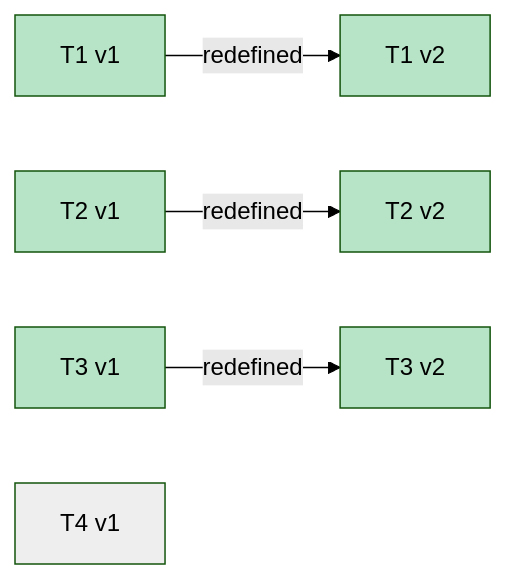
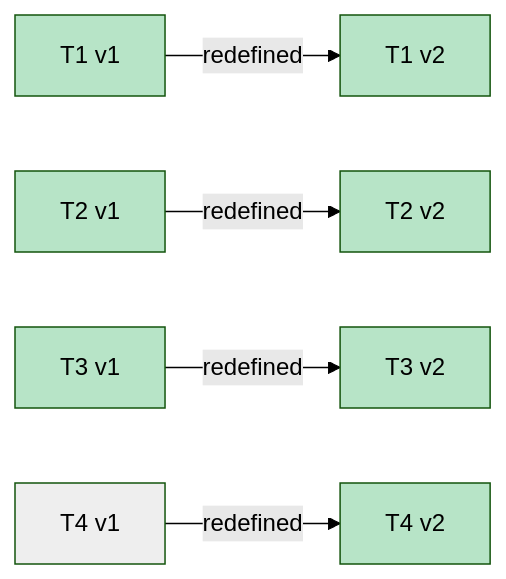
One commit to Curry09/AHE-Beta changed diagram 15 of 15 in docs/specs/OVERVIEW.md. Above: the diagram before and after it, drawn with Mermaid (forest theme). The commit also changed other lines of this file and 3 other files, not shown here.

````diff
--- a/docs/specs/OVERVIEW.md
+++ b/docs/specs/OVERVIEW.md
@@ -1129,22 +1129,25 @@
 ```mermaid
 graph LR
     v_T1_1["T1 v1"]
     v_T1_2["T1 v2"]
     v_T1_1 -->|redefined| v_T1_2
     v_T2_1["T2 v1"]
     v_T2_2["T2 v2"]
     v_T2_1 -->|redefined| v_T2_2
     v_T3_1["T3 v1"]
     v_T3_2["T3 v2"]
     v_T3_1 -->|redefined| v_T3_2
     v_T4_1["T4 v1"]
+    v_T4_2["T4 v2"]
+    v_T4_1 -->|redefined| v_T4_2
     classDef st_done fill:#b7e4c7;
     classDef st_pending fill:#eeeeee;
     class v_T1_1 st_done;
     class v_T1_2 st_done;
     class v_T2_1 st_done;
     class v_T2_2 st_done;
     class v_T3_1 st_done;
     class v_T3_2 st_done;
     class v_T4_1 st_pending;
+    class v_T4_2 st_done;
 ```
````
